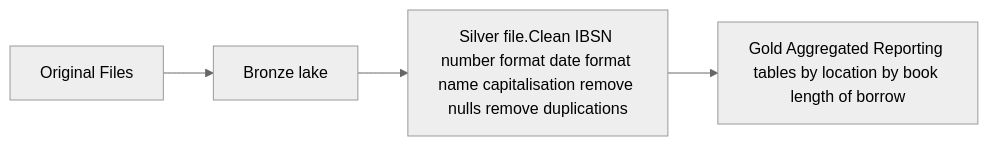
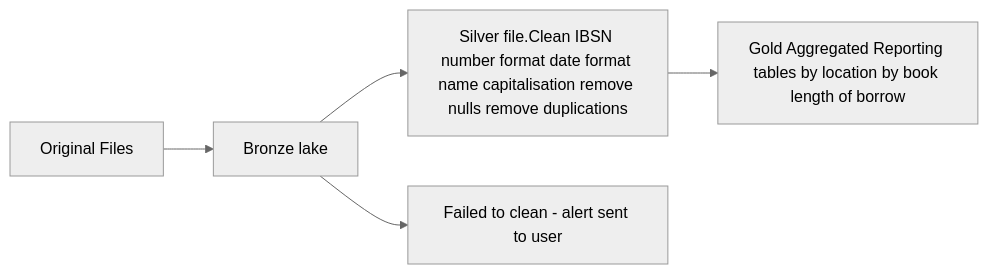
One commit to neiltuckerspeedy/libraryprojectQA changed the diagram in flowchat.md. Above: the diagram before and after it, drawn with Mermaid (neutral theme).

Commit message:
Add alert for failed cleaning in flowchart

````diff
--- a/flowchat.md
+++ b/flowchat.md
@@ -2,4 +2,5 @@
 ```mermaid
 flowchart LR
   A[Original Files] --> B[Bronze lake] --> C[Silver file.Clean IBSN number format date format name capitalisation remove nulls remove duplications] --> D[Gold Aggregated Reporting tables by location by book length of borrow ]
+B --> E[Failed to clean - alert sent to user]
 ```
````
